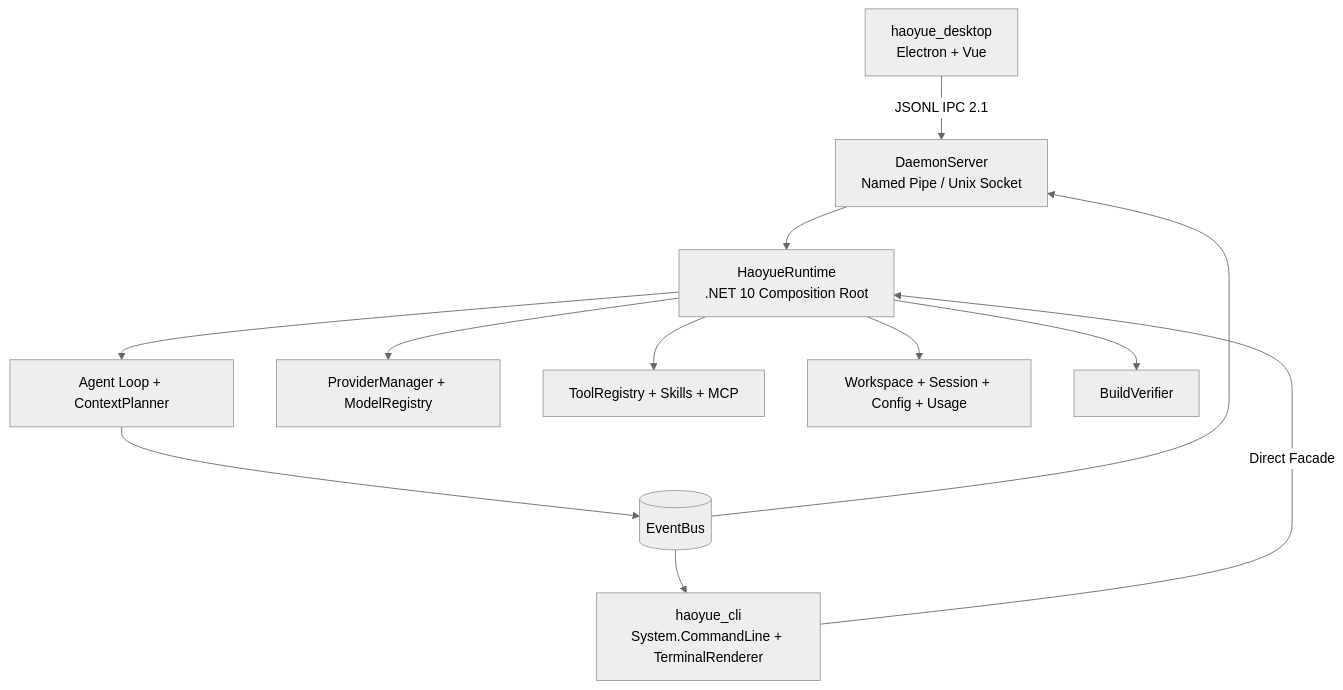
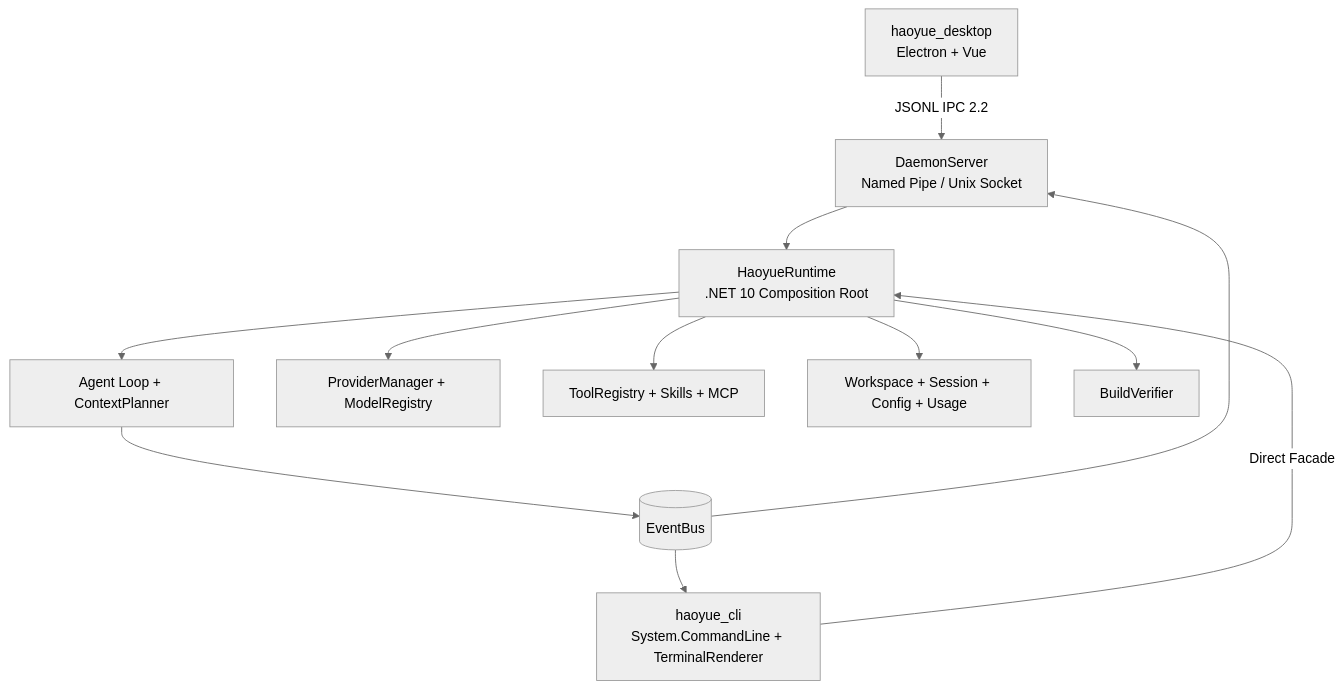
The first of 2 diagrams in haoyue_website/doc/architecture.md (Laogaodhck/haoyue), drawn with Mermaid (neutral theme) before and after one commit. The commit also changed other lines of this file and 59 other files, not shown here.

````diff
--- a/haoyue_website/doc/architecture.md
+++ b/haoyue_website/doc/architecture.md
@@ -9,15 +9,15 @@
 ```mermaid
 flowchart TB
-    Desktop["haoyue_desktop<br/>Electron + Vue"] -->|"JSONL IPC 2.1"| Daemon["DaemonServer<br/>Named Pipe / Unix Socket"]
+    Desktop["haoyue_desktop<br/>Electron + Vue"] -->|"JSONL IPC 2.2"| Daemon["DaemonServer<br/>Named Pipe / Unix Socket"]
     CLI["haoyue_cli<br/>System.CommandLine + TerminalRenderer"] -->|"Direct Facade"| Runtime
     Daemon --> Runtime["HaoyueRuntime<br/>.NET 10 Composition Root"]
 
     Runtime --> Agent["Agent Loop + ContextPlanner"]
     Runtime --> Provider["ProviderManager + ModelRegistry"]
     Runtime --> Tools["ToolRegistry + Skills + MCP"]
     Runtime --> State["Workspace + Session + Config + Usage"]
     Runtime --> Verify["BuildVerifier"]
     Agent --> Bus[(EventBus)]
     Bus --> CLI
     Bus --> Daemon
 ```
````
